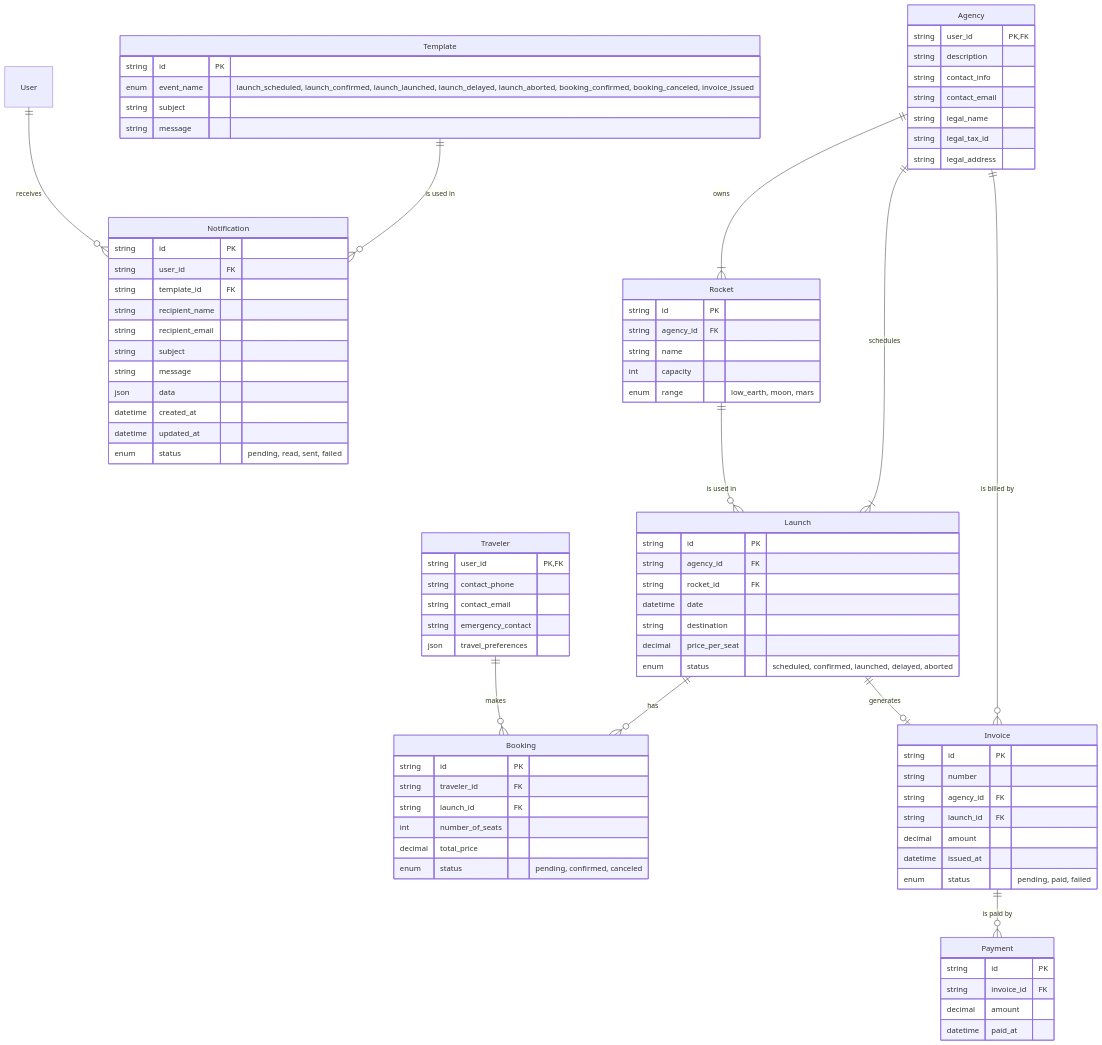
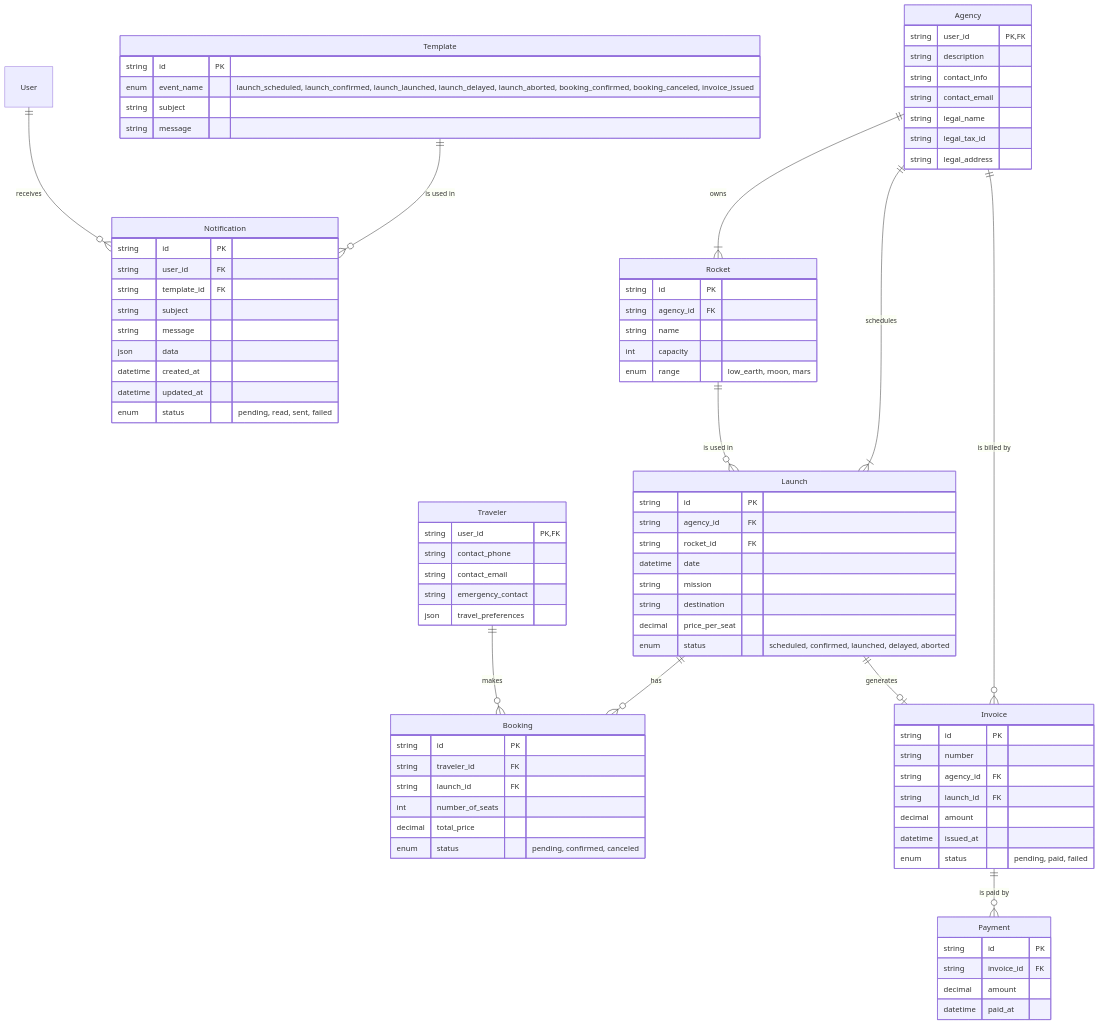
Before and after one commit to AstroBookings/.github: the diagram in profile/3-implementation/5_1-operations.schema.md, drawn with Mermaid. The commit also changed other lines of this file and 7 other files, not shown here.

```diff
--- a/profile/3-implementation/5_1-operations.schema.md
+++ b/profile/3-implementation/5_1-operations.schema.md
@@ -38,6 +38,7 @@
         string agency_id FK
         string rocket_id FK
         datetime date
+        string mission
         string destination
         decimal price_per_seat
         enum status "scheduled, confirmed, launched, delayed, aborted"
@@ -73,8 +74,6 @@
         string id PK
         string user_id FK
         string template_id FK
-        string recipient_name
-        string recipient_email
         string subject
         string message
         json data
```
